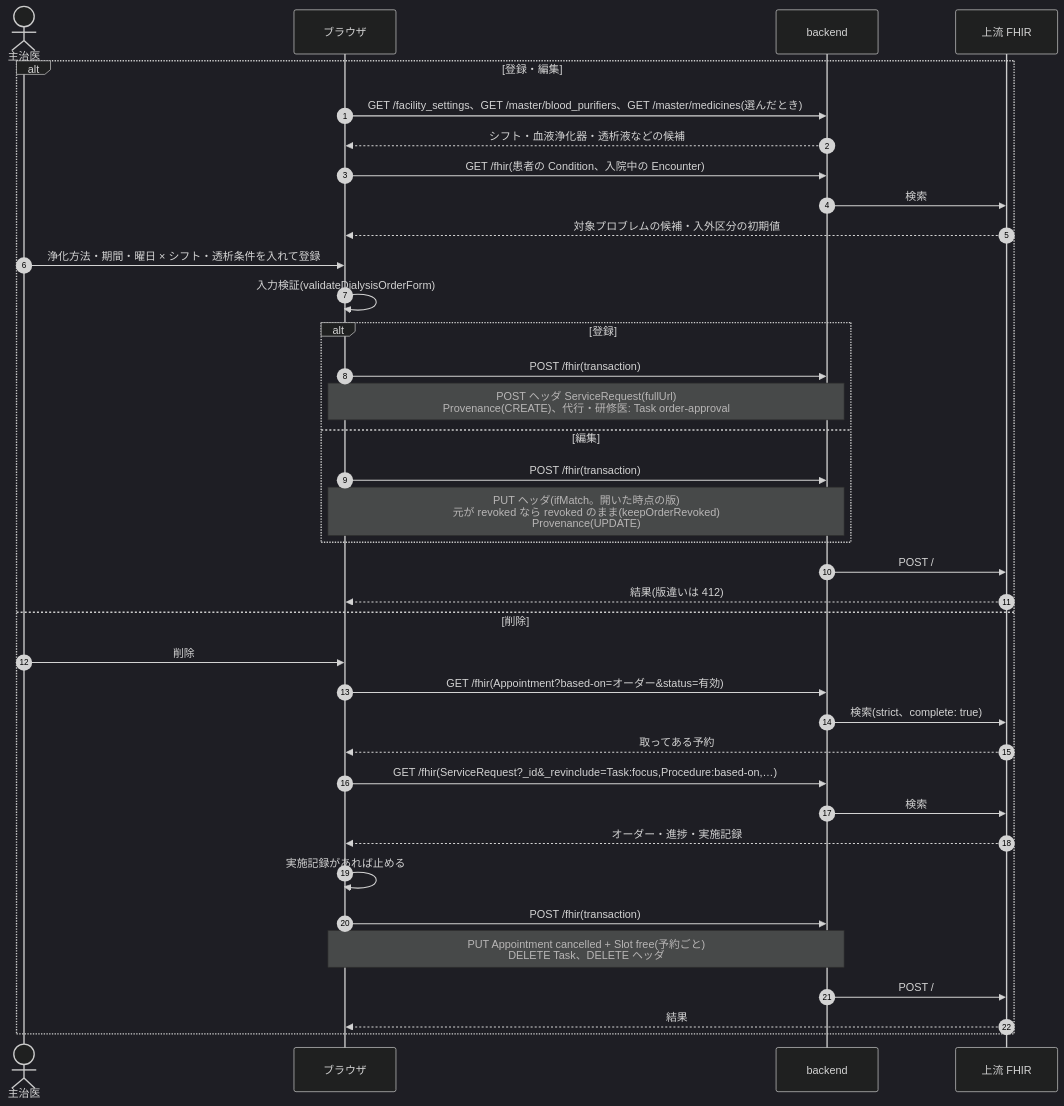
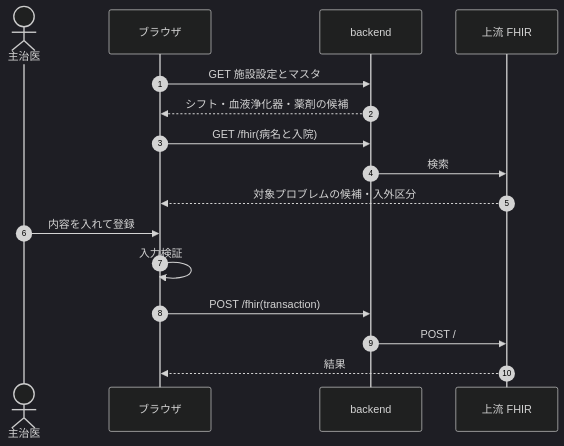
One commit to ysnr-dev/fhir-client-docs changed the first of 16 diagrams in docs/dev/dialysis.md. Above: the diagram before and after it, drawn with Mermaid (dark theme). The commit also changed other lines of this file and 43 other files, not shown here.

Commit message:
docs: 業務フローとシーケンス図を写し直し

````diff
--- a/docs/dev/dialysis.md
+++ b/docs/dev/dialysis.md
@@ -76,40 +243,19 @@
 ```mermaid
 sequenceDiagram
   autonumber
   actor Dr as 主治医
   participant UI as ブラウザ
   participant BE as backend
   participant FHIR as 上流 FHIR
 
-  alt 登録・編集
-    UI->>BE: GET /facility_settings、GET /master/blood_purifiers、GET /master/medicines(選んだとき)
-    BE-->>UI: シフト・血液浄化器・透析液などの候補
-    UI->>BE: GET /fhir(患者の Condition、入院中の Encounter)
-    BE->>FHIR: 検索
-    FHIR-->>UI: 対象プロブレムの候補・入外区分の初期値
-    Dr->>UI: 浄化方法・期間・曜日 × シフト・透析条件を入れて登録
-    UI->>UI: 入力検証(validateDialysisOrderForm)
-    alt 登録
-      UI->>BE: POST /fhir(transaction)
-      Note over UI,BE: POST ヘッダ ServiceRequest(fullUrl)<br/>Provenance(CREATE)、代行・研修医: Task order-approval
-    else 編集
-      UI->>BE: POST /fhir(transaction)
-      Note over UI,BE: PUT ヘッダ(ifMatch。開いた時点の版)<br/>元が revoked なら revoked のまま(keepOrderRevoked)<br/>Provenance(UPDATE)
-    end
-    BE->>FHIR: POST /
-    FHIR-->>UI: 結果(版違いは 412)
-  else 削除
-    Dr->>UI: 削除
-    UI->>BE: GET /fhir(Appointment?based-on=オーダー&status=有効)
-    BE->>FHIR: 検索(strict、complete: true)
-    FHIR-->>UI: 取ってある予約
-    UI->>BE: GET /fhir(ServiceRequest?_id&_revinclude=Task:focus,Procedure:based-on,…)
-    BE->>FHIR: 検索
-    FHIR-->>UI: オーダー・進捗・実施記録
-    UI->>UI: 実施記録があれば止める
-    UI->>BE: POST /fhir(transaction)
-    Note over UI,BE: PUT Appointment cancelled + Slot free(予約ごと)<br/>DELETE Task、DELETE ヘッダ
-    BE->>FHIR: POST /
-    FHIR-->>UI: 結果
-  end
+  UI->>BE: GET 施設設定とマスタ
+  BE-->>UI: シフト・血液浄化器・薬剤の候補
+  UI->>BE: GET /fhir(病名と入院)
+  BE->>FHIR: 検索
+  FHIR-->>UI: 対象プロブレムの候補・入外区分
+  Dr->>UI: 内容を入れて登録
+  UI->>UI: 入力検証
+  UI->>BE: POST /fhir(transaction)
+  BE->>FHIR: POST /
+  FHIR-->>UI: 結果
 ```
````
